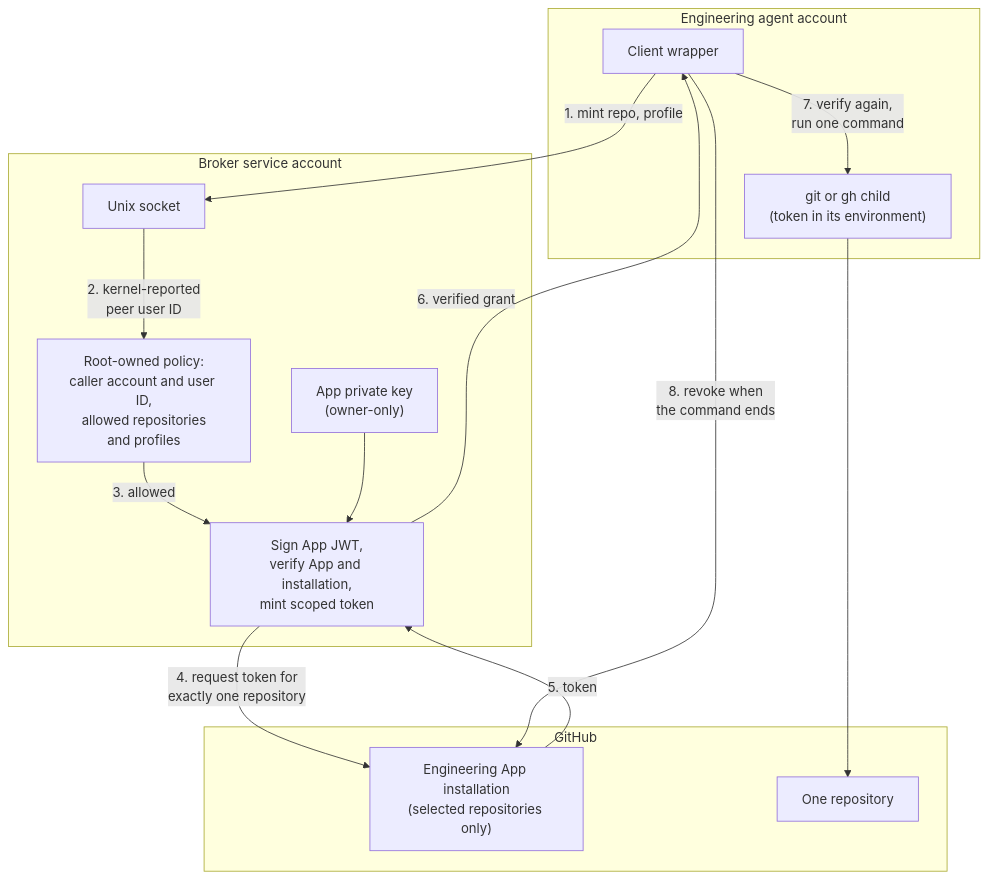
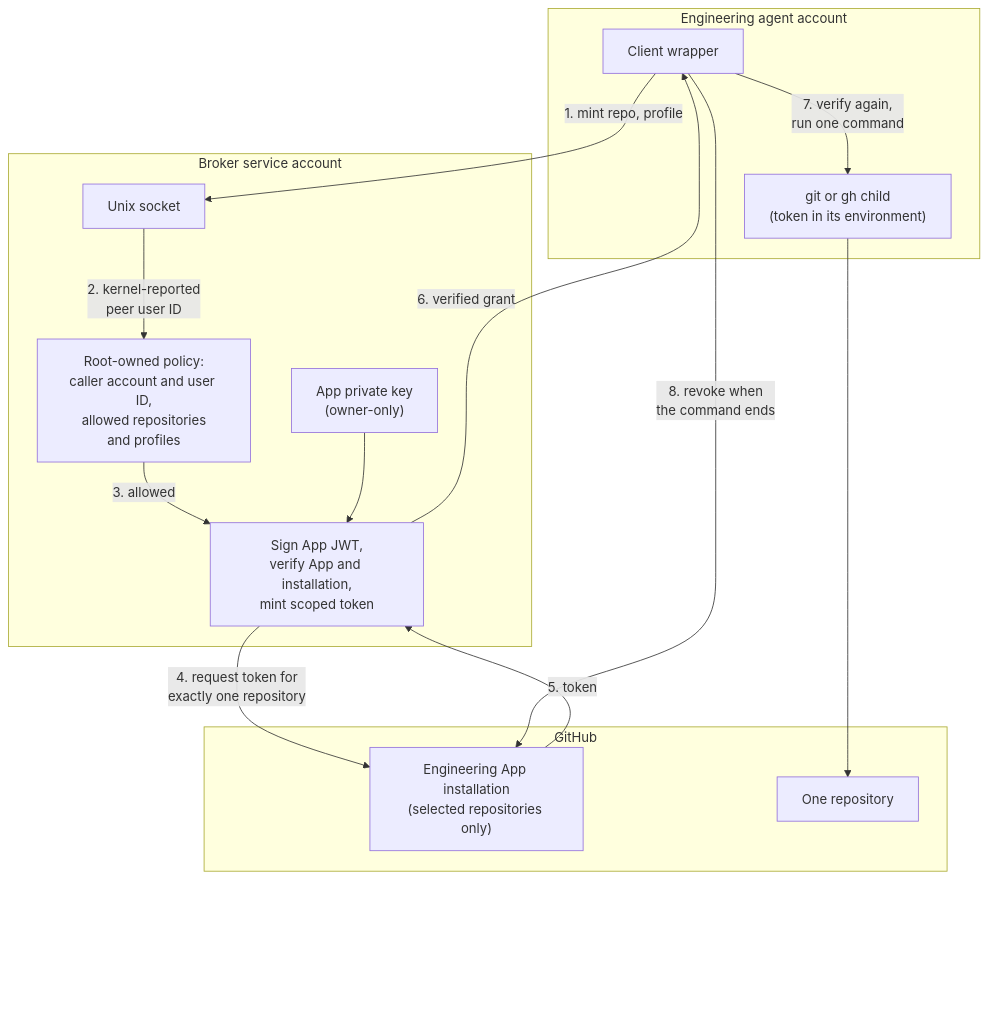
Before and after one commit to mk-global/engineering-showcase: the diagram in docs/architecture/github-authorization.md, drawn with Mermaid. The commit also changed 5 other files, not shown here.

First line of the commit message:
Keep documentation diagrams clear of GitHub's diagram controls (#8)

````diff
--- a/docs/architecture/github-authorization.md
+++ b/docs/architecture/github-authorization.md
@@ -64,29 +64,35 @@
 ```mermaid
 flowchart TD
     subgraph agentAcct["Engineering agent account"]
         cli["Client wrapper"]
         child["git or gh child<br/>(token in its environment)"]
     end
 
     subgraph brokerAcct["Broker service account"]
         sock["Unix socket"]
         policy["Root-owned policy:<br/>caller account and user ID,<br/>allowed repositories<br/>and profiles"]
         keyfile["App private key<br/>(owner-only)"]
         mintfn["Sign App JWT,<br/>verify App and installation,<br/>mint scoped token"]
     end
 
     subgraph github["GitHub"]
         app["Engineering App installation<br/>(selected repositories only)"]
         repo["One repository"]
     end
 
     cli -->|"1. mint repo, profile"| sock
     sock -->|"2. kernel-reported<br/>peer user ID"| policy
     policy -->|"3. allowed"| mintfn
     keyfile --> mintfn
     mintfn -->|"4. request token for<br/>exactly one repository"| app
     app -->|"5. token"| mintfn
     mintfn -->|"6. verified grant"| cli
     cli -->|"7. verify again,<br/>run one command"| child --> repo
     cli -->|"8. revoke when<br/>the command ends"| app
+
+    %% An invisible spacer keeps the diagram clear of the pan and zoom
+    %% controls GitHub draws over its bottom-right corner (CONTRIBUTING.md).
+    github ~~~ spacer["<br/><br/><br/><br/>"]
+    classDef spacer fill:none,stroke:none;
+    class spacer spacer;
 ```
````
